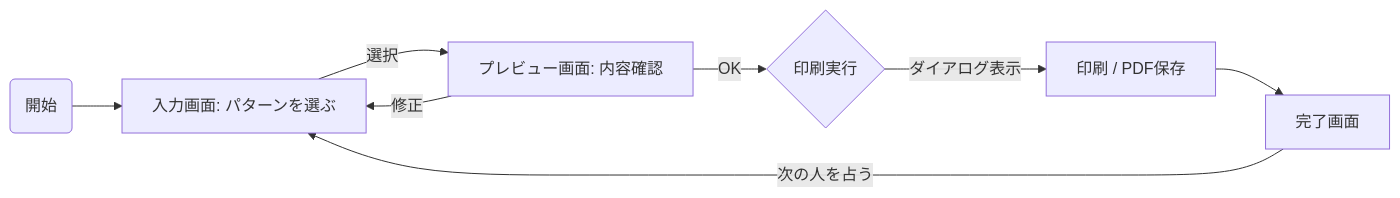
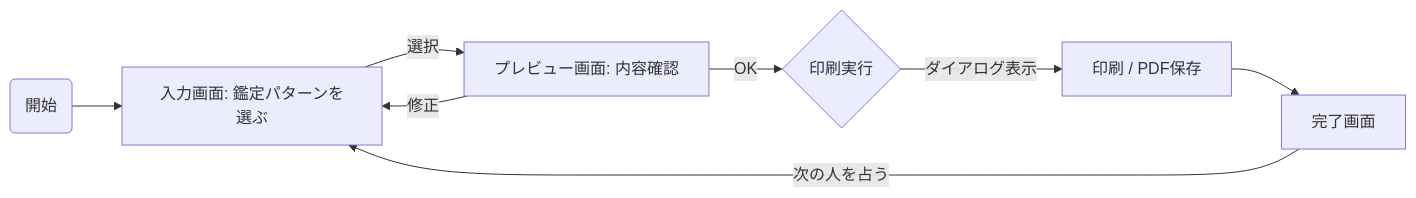
Before and after one commit to koralle/energy-boosting-colorscheme-generator: the third of 3 diagrams in docs/model-based-ui-design/02_modeling.md, drawn with Mermaid. The commit also changed other lines of this file and 2 other files, not shown here.

````diff
--- a/docs/model-based-ui-design/02_modeling.md
+++ b/docs/model-based-ui-design/02_modeling.md
@@ -74,10 +74,10 @@
 ```mermaid
 flowchart LR
-    Start(開始) --> SelectScreen[入力画面: パターンを選ぶ]
+    Start(開始) --> SelectScreen[入力画面: 鑑定パターンを選ぶ]
     SelectScreen -->|選択| PreviewScreen[プレビュー画面: 内容確認]
     PreviewScreen -->|修正| SelectScreen
     PreviewScreen -->|OK| Print{印刷実行}
     Print -->|ダイアログ表示| BrowserPrint[印刷 / PDF保存]
     BrowserPrint --> CompleteScreen[完了画面]
     CompleteScreen -->|次の人を占う| SelectScreen
 ```
````
